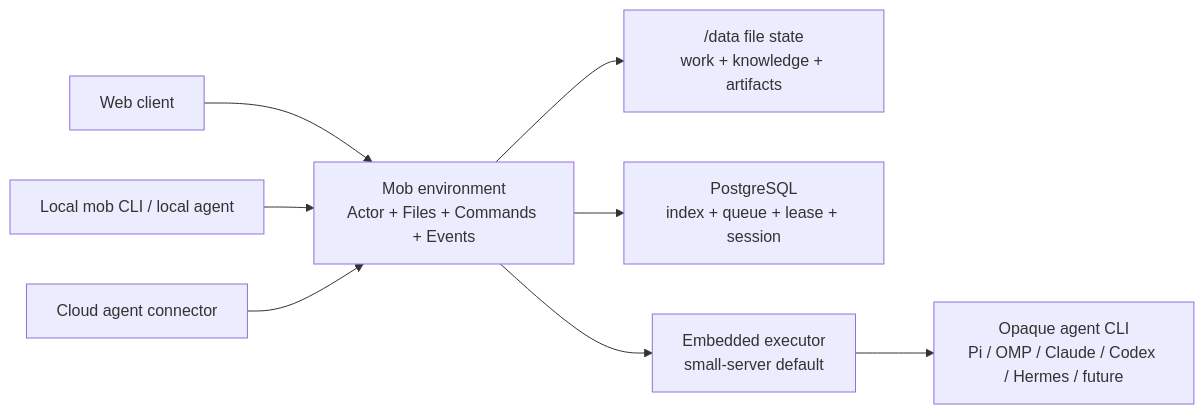
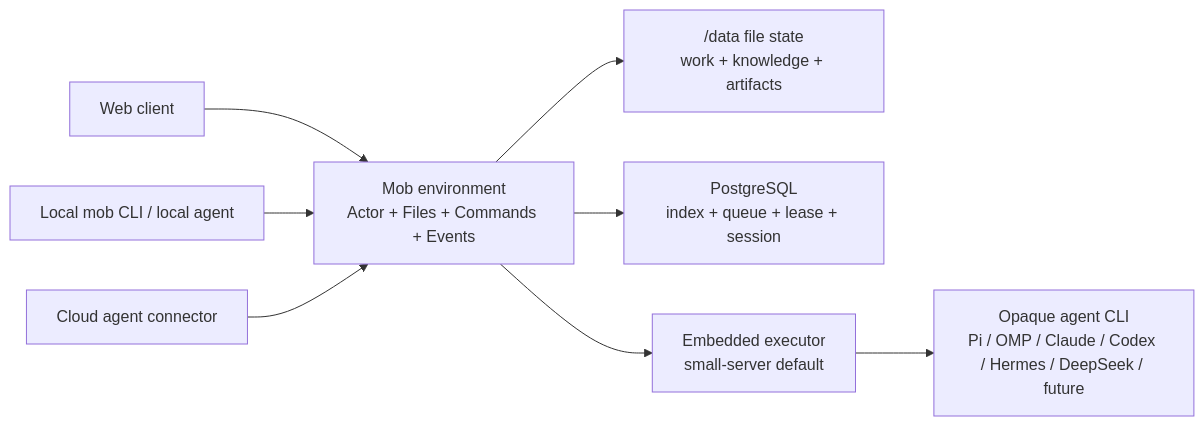
Before and after one commit to cdotlock/mob-agent-crew: the diagram in docs/architecture.md, drawn with Mermaid. The commit also changed other lines of this file and 13 other files, not shown here.

Commit message:
feat: add DeepSeek Harness CLI driver

````diff
--- a/docs/architecture.md
+++ b/docs/architecture.md
@@ -8,10 +8,10 @@
 ```mermaid
 flowchart LR
     Web["Web client"] --> API["Mob environment\nActor + Files + Commands + Events"]
     Local["Local mob CLI / local agent"] --> API
     Cloud["Cloud agent connector"] --> API
     API --> Files["/data file state\nwork + knowledge + artifacts"]
     API --> PG["PostgreSQL\nindex + queue + lease + session"]
     API --> Worker["Embedded executor\nsmall-server default"]
-    Worker --> Any["Opaque agent CLI\nPi / OMP / Claude / Codex / Hermes / future"]
+    Worker --> Any["Opaque agent CLI\nPi / OMP / Claude / Codex / Hermes / DeepSeek / future"]
 ```
````
